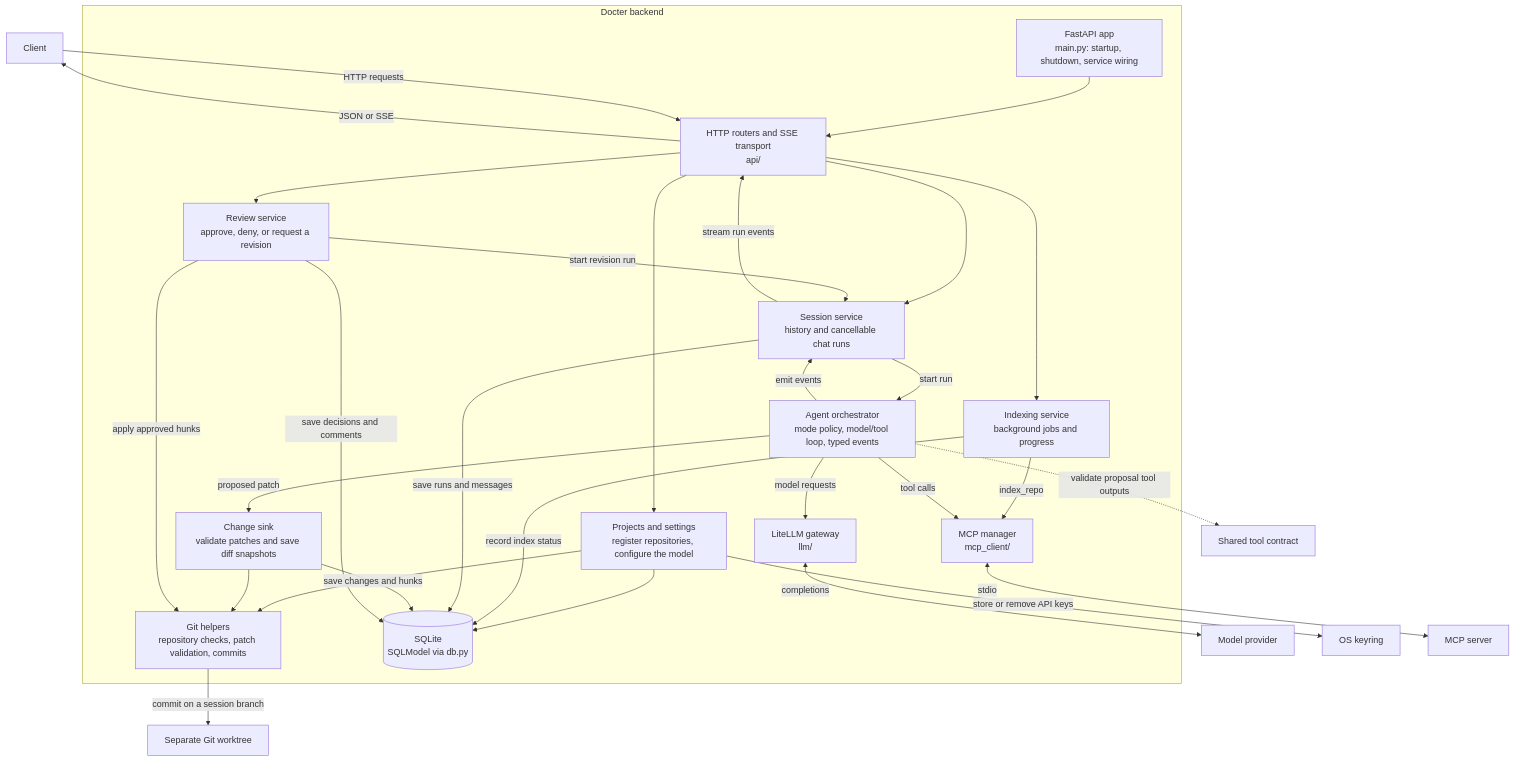
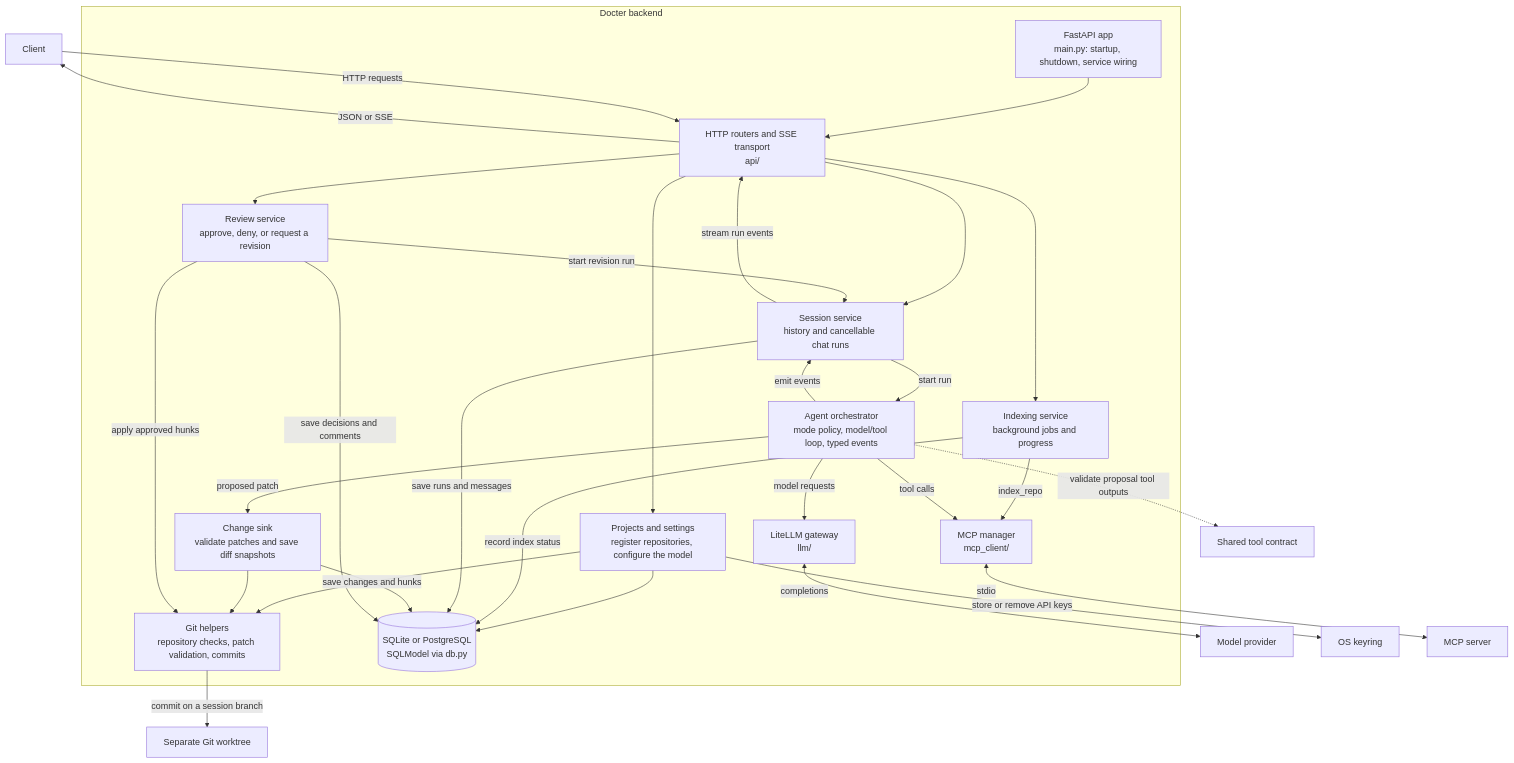
Before and after one commit to yunusovbekir/docter-llm: the diagram in backend/README.md, drawn with Mermaid. The commit also changed other lines of this file and 15 other files, not shown here.

````diff
--- a/backend/README.md
+++ b/backend/README.md
@@ -118,50 +153,50 @@
 ```mermaid
 flowchart TB
     Client["Client"]
 
     subgraph Backend["Docter backend"]
         App["FastAPI app<br/>main.py: startup, shutdown, service wiring"]
         API["HTTP routers and SSE transport<br/>api/"]
         Projects["Projects and settings<br/>register repositories, configure the model"]
         Index["Indexing service<br/>background jobs and progress"]
         Sessions["Session service<br/>history and cancellable chat runs"]
         Review["Review service<br/>approve, deny, or request a revision"]
         Agent["Agent orchestrator<br/>mode policy, model/tool loop, typed events"]
         Proposals["Change sink<br/>validate patches and save diff snapshots"]
         Gateway["LiteLLM gateway<br/>llm/"]
         MCPClient["MCP manager<br/>mcp_client/"]
         Git["Git helpers<br/>repository checks, patch validation, commits"]
-        DB[("SQLite<br/>SQLModel via db.py")]
+        DB[("SQLite or PostgreSQL<br/>SQLModel via db.py")]
 
         App --> API
         API --> Projects
         API --> Index
         API --> Sessions
         API --> Review
 
         Projects --> DB
         Projects --> Git
         Index -->|record index status| DB
         Index -->|index_repo| MCPClient
         Sessions -->|save runs and messages| DB
         Sessions -->|start run| Agent
         Agent -->|emit events| Sessions
         Sessions -->|stream run events| API
         Agent -->|model requests| Gateway
         Agent -->|tool calls| MCPClient
         Agent -->|proposed patch| Proposals
         Proposals --> Git
         Proposals -->|save changes and hunks| DB
         Review -->|save decisions and comments| DB
         Review -->|apply approved hunks| Git
         Review -->|start revision run| Sessions
     end
 
     Client -->|HTTP requests| API
     API -->|JSON or SSE| Client
     Gateway <-->|completions| Provider["Model provider"]
     Projects -->|store or remove API keys| Keyring["OS keyring"]
     Git -->|commit on a session branch| Worktree["Separate Git worktree"]
     MCPClient <-->|stdio| MCP["MCP server"]
     Agent -.->|validate proposal tool outputs| Contract["Shared tool contract"]
 ```
````
